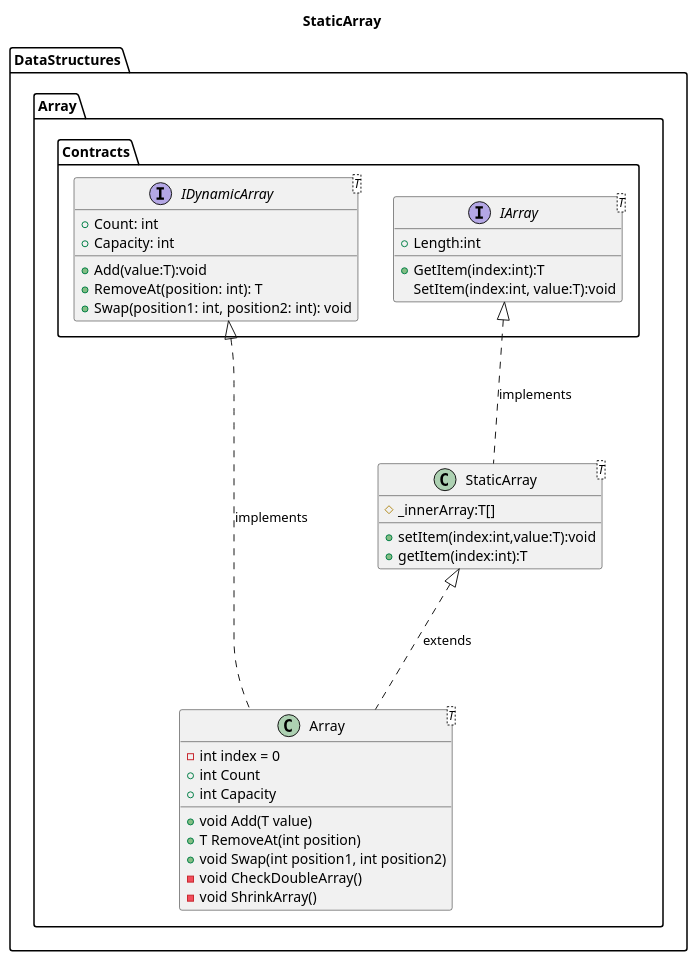
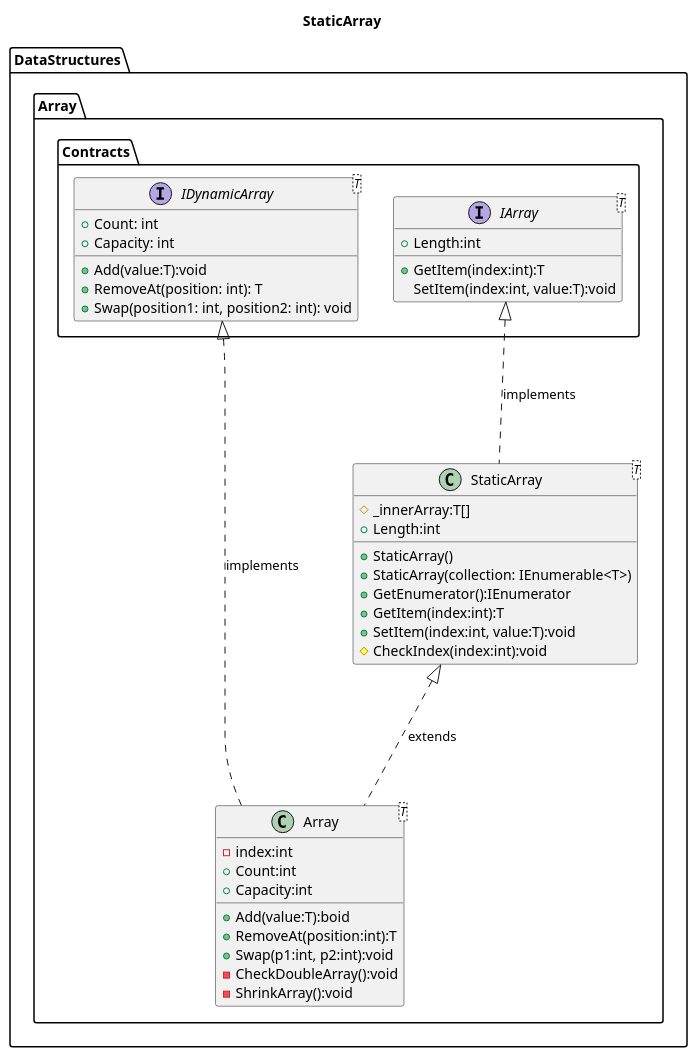
The diagram in DataStructures/Array/Model/StaticArray.wsd (zcomert/veri-yapilari-ve-algoritmalar), drawn with PlantUML before and after one commit. The commit also changed 1 other file, not shown here.

```diff
--- a/DataStructures/Array/Model/StaticArray.wsd
+++ b/DataStructures/Array/Model/StaticArray.wsd
@@ -1,45 +1,50 @@
 @startuml StaticArray
 title StaticArray
 
 namespace DataStructures.Array.Contracts{
     interface IArray<T>{
         +Length:int
         +GetItem(index:int):T
         SetItem(index:int, value:T):void
     }
 
     interface IDynamicArray<T> {
     + Count: int
     + Capacity: int
     + Add(value:T):void
     + RemoveAt(position: int): T
     + Swap(position1: int, position2: int): void
 
 }
 }
 
 namespace DataStructures.Array{
     class StaticArray<T>{
-        #_innerArray:T[]
-        +setItem(index:int,value:T):void
-        +getItem(index:int):T
+         #_innerArray:T[]
+        +StaticArray()
+        +StaticArray(collection: IEnumerable<T>)
+        +Length:int
+        +GetEnumerator():IEnumerator
+        +GetItem(index:int):T
+        +SetItem(index:int, value:T):void
+        #CheckIndex(index:int):void
     }
 
     class Array<T>{
-        - int index = 0
-        + int Count
-        + int Capacity
-        + void Add(T value)
-        + T RemoveAt(int position)
-        + void Swap(int position1, int position2)
-        - void CheckDoubleArray()
-        - void ShrinkArray()
+        - index:int
+        + Count:int
+        + Capacity:int
+        + Add(value:T):boid
+        + RemoveAt(position:int):T
+        + Swap(p1:int, p2:int):void
+        - CheckDoubleArray():void
+        - ShrinkArray():void
     }
 }
 
 hide empty members
 
 DataStructures.Array.StaticArray -.up.|> DataStructures.Array.Contracts.IArray : "implements"
 DataStructures.Array.Array -.up.|> DataStructures.Array.StaticArray : "extends"
 DataStructures.Array.Array -.up.|> DataStructures.Array.Contracts.IDynamicArray : "implements"
 @enduml
```
